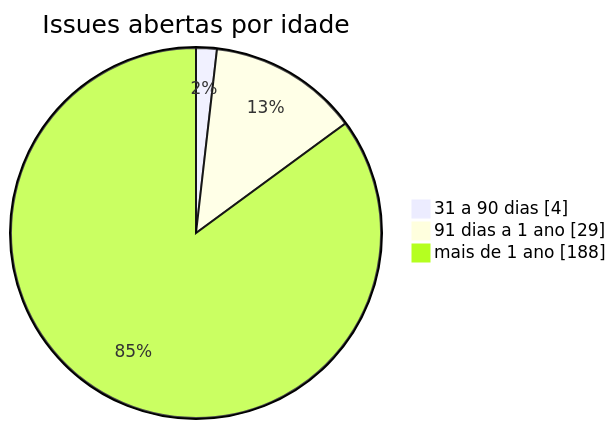
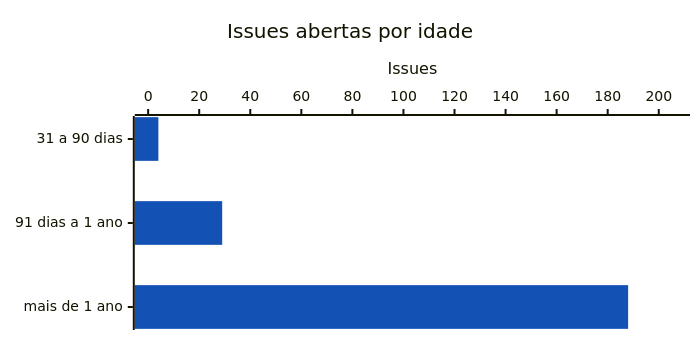
Before and after one commit to RochaCarla/doc-bp: the third of 3 diagrams in docs/estatisticas/contribuicoes.md, drawn with Mermaid. The commit also changed other lines of this file and 44 other files, not shown here.

First line of the commit message:
feat: aba Estudos, e-book em PDF e diagramas legíveis

````diff
--- a/docs/estatisticas/contribuicoes.md
+++ b/docs/estatisticas/contribuicoes.md
@@ -109,6 +125,16 @@
 ```mermaid
-pie showData title Issues abertas por idade
-    "31 a 90 dias" : 4
-    "91 dias a 1 ano" : 29
-    "mais de 1 ano" : 188
+---
+config:
+  xyChart:
+    width: 680
+    height: 320
+  themeVariables:
+    xyChart:
+      plotColorPalette: "#1351b4, #ff8c00"
+---
+xychart-beta horizontal
+    title "Issues abertas por idade"
+    x-axis ["31 a 90 dias", "91 dias a 1 ano", "mais de 1 ano"]
+    y-axis "Issues" 0 --> 207
+    bar [4, 29, 188]
 ```
````
